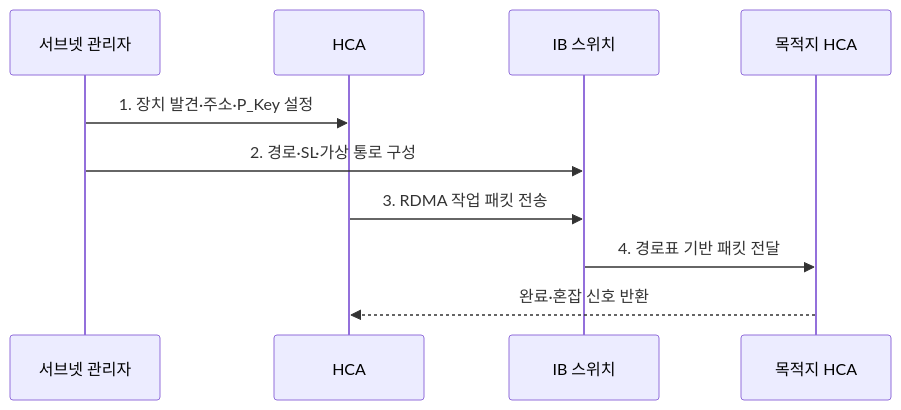
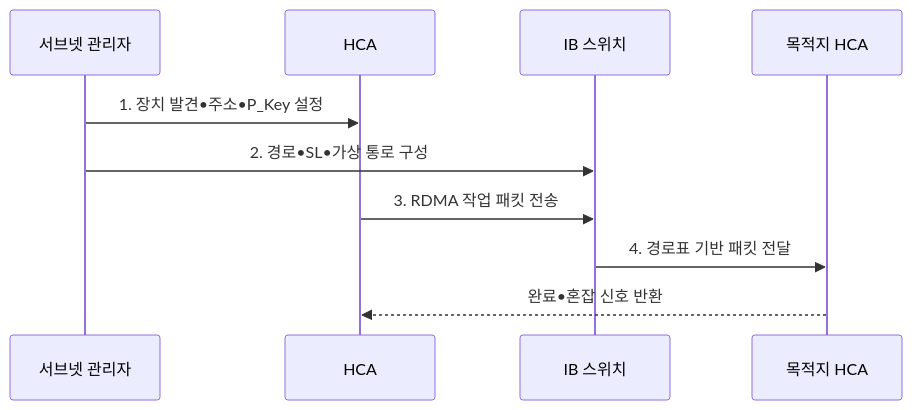
One commit to agnusdei1207/knowledge-base changed the second of 2 diagrams in src/content/docs/notes/08-latest-tech/151_infiniband.md. Above: the diagram before and after it, drawn with Mermaid. The commit also changed other lines of this file and 953 other files, not shown here.

````diff
--- a/src/content/docs/notes/08-latest-tech/151_infiniband.md
+++ b/src/content/docs/notes/08-latest-tech/151_infiniband.md
@@ -106,12 +106,12 @@
 ```mermaid
 sequenceDiagram
     participant S as 서브넷 관리자
     participant H as HCA
     participant W as IB 스위치
     participant D as 목적지 HCA
-    S->>H: 1. 장치 발견·주소·P_Key 설정
-    S->>W: 2. 경로·SL·가상 통로 구성
+    S->>H: 1. 장치 발견•주소•P_Key 설정
+    S->>W: 2. 경로•SL•가상 통로 구성
     H->>W: 3. RDMA 작업 패킷 전송
     W->>D: 4. 경로표 기반 패킷 전달
-    D-->>H: 완료·혼잡 신호 반환
+    D-->>H: 완료•혼잡 신호 반환
 ```
````
